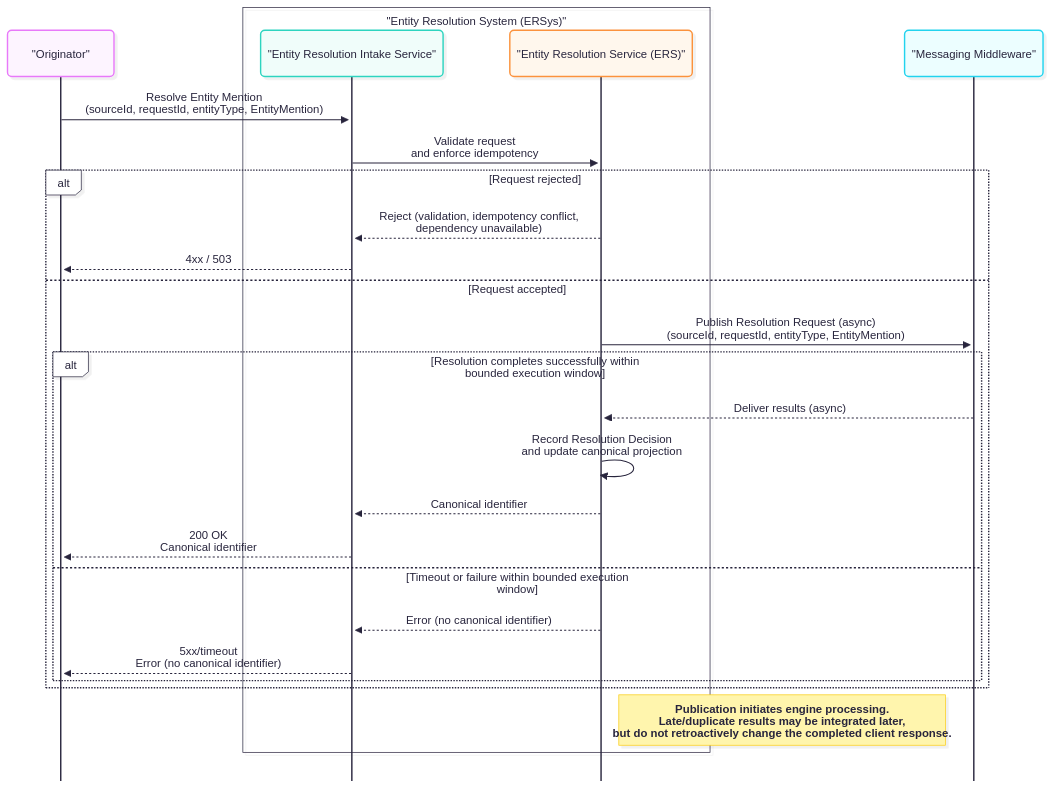
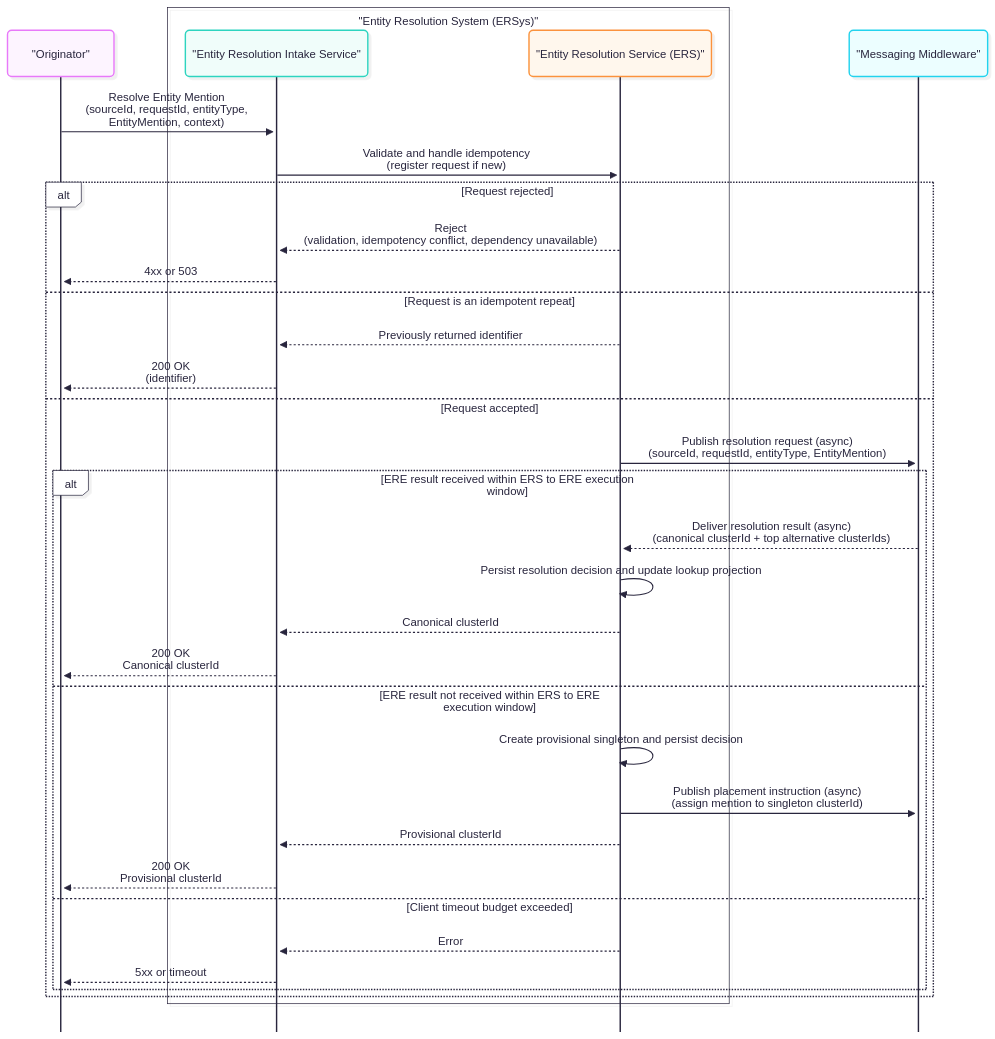
The diagram in docs/architecture/sequence_diagrams/spine-A-Resolve-EntityMention(simplified).mmd (OP-TED/entity-resolution-spec), drawn with Mermaid before and after one commit. The commit also changed 11 other files, not shown here.

First line of the commit message:
update sequence diagrams

```diff
--- a/docs/architecture/sequence_diagrams/spine-A-Resolve-EntityMention(simplified).mmd
+++ b/docs/architecture/sequence_diagrams/spine-A-Resolve-EntityMention(simplified).mmd
@@ -1,46 +1,52 @@
 ---
 config:
   look: neo
   theme: redux-color
   mirrorActors: false
   sequence:
     bottomMarginAdj: 0.1
 ---
 sequenceDiagram
-%% Maps to EA diagram: UML Sequence (Spine A – simplified)
-%% Purpose: bounded synchronous resolve with idempotent request handling.
-%% Shows: async publication to Messaging Middleware as part of the bounded resolve.
-%% Excludes: detailed store choreography, ERE logic, candidate integration details, curation, and rebuild.
+%% Maps to EA diagram: UML Sequence (Spine A)
+%% Purpose: bounded resolve with idempotent request handling (UCB11)
+%% Shows: async publication to Messaging Middleware and bounded response semantics
+%% Excludes: store choreography details, engine internals, curation, rebuild
 
 participant Originator as "Originator"
 
 box "Entity Resolution System (ERSys)"
     participant ERIntake as "Entity Resolution Intake Service"
     participant ERS as "Entity Resolution Service (ERS)"
 end
 
 participant MessagingMiddleware as "Messaging Middleware"
-%% participant ERE as "Entity Resolution Engine (ERE)"
 
-Originator ->> ERIntake: Resolve Entity Mention<br/>(sourceId, requestId, entityType, EntityMention)
-ERIntake ->> ERS: Validate request<br/>and enforce idempotency
+Originator ->> ERIntake: Resolve Entity Mention<br/>(sourceId, requestId, entityType,<br> EntityMention, context)
+ERIntake ->> ERS: Validate and handle idempotency<br/>(register request if new)
 
 alt Request rejected
-    ERS -->> ERIntake: Reject (validation, idempotency conflict,<br/> dependency unavailable)
-    ERIntake -->> Originator: 4xx / 503
+    ERS -->> ERIntake: Reject<br/>(validation, idempotency conflict, dependency unavailable)
+    ERIntake -->> Originator: 4xx or 503
+else Request is an idempotent repeat
+    ERS -->> ERIntake: Previously returned identifier
+    ERIntake -->> Originator: 200 OK<br/>(identifier)
 else Request accepted
-    ERS ->> MessagingMiddleware: Publish Resolution Request (async)<br/>(sourceId, requestId, entityType, EntityMention)
-    %% MessagingMiddleware ->> ERE: Deliver request (async)
+    ERS ->> MessagingMiddleware: Publish resolution request (async)<br/>(sourceId, requestId, entityType, EntityMention)
 
-    alt Resolution completes successfully within bounded execution window
-        MessagingMiddleware -->> ERS: Deliver results (async)
-        ERS ->> ERS: Record Resolution Decision<br/>and update canonical projection
-        ERS -->> ERIntake: Canonical identifier
-        ERIntake -->> Originator: 200 OK<br/>Canonical identifier
-    else Timeout or failure within bounded execution window
-        ERS -->> ERIntake: Error (no canonical identifier)
-        ERIntake -->> Originator: 5xx/timeout<br/>Error (no canonical identifier)
+    alt ERE result received within ERS to ERE execution window
+        MessagingMiddleware -->> ERS: Deliver resolution result (async)<br/>(canonical clusterId + top alternative clusterIds)
+        ERS ->> ERS: Persist resolution decision and update lookup projection
+        ERS -->> ERIntake: Canonical clusterId
+        ERIntake -->> Originator: 200 OK<br/>Canonical clusterId
+    else ERE result not received within ERS to ERE execution window
+        ERS ->> ERS: Create provisional singleton and persist decision
+        ERS ->> MessagingMiddleware: Publish placement instruction (async)<br/>(assign mention to singleton clusterId)
+        ERS -->> ERIntake: Provisional clusterId
+        ERIntake -->> Originator: 200 OK<br/>Provisional clusterId
+    else Client timeout budget exceeded
+        ERS -->> ERIntake: Error
+        ERIntake -->> Originator: 5xx or timeout
     end
 end
 
-note right of ERS: Publication initiates engine processing.<br>Late/duplicate results may be integrated later,<br> but do not retroactively change the completed client response.
+%% note right of ERS: Late or duplicate engine results may update the stored decision and lookup projection\nCompleted client responses are not retroactively changed
```
